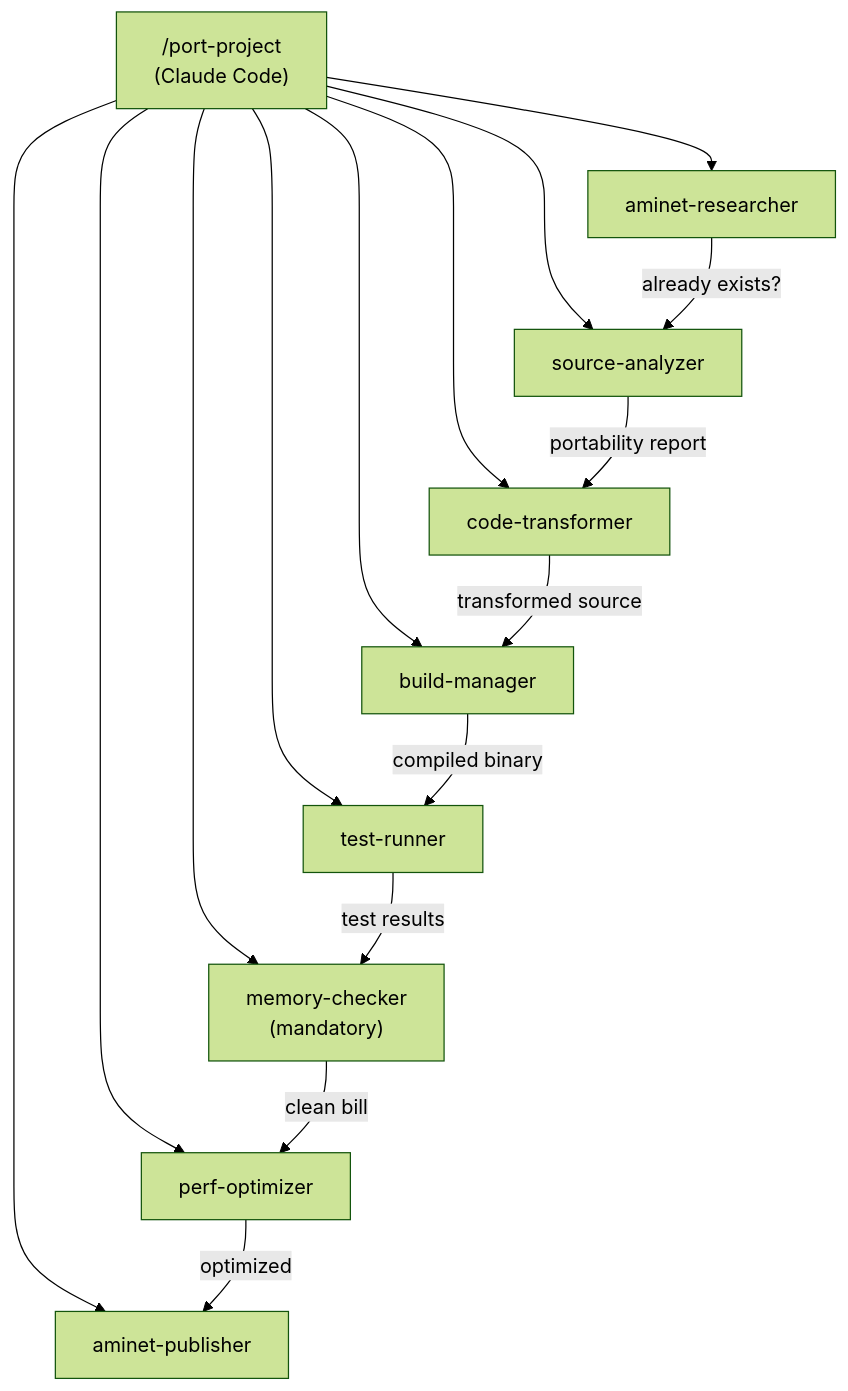
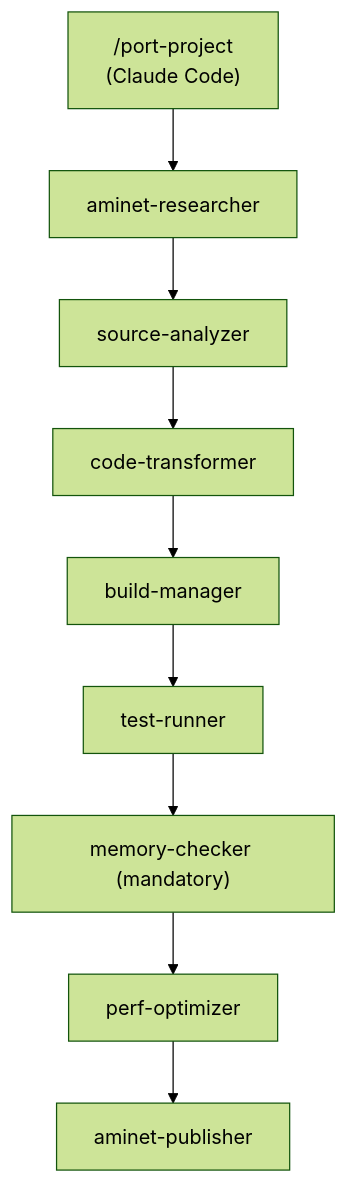
One commit to bdgscotland/amiport changed the diagram in README.md. Above: the diagram before and after it, drawn with Mermaid (forest theme).

Commit message:
Simplify pipeline diagram and fix diff status
Replace tangled hub-and-spoke Mermaid diagram with clean linear
flow showing Claude Code dispatching agents sequentially. Update
diff port status to "Known issues". Add note that full agent-to-agent
orchestration is planned.

````diff
--- a/README.md
+++ b/README.md
@@ -74,19 +74,12 @@
 ```mermaid
 graph TD
-    CC["/port-project\n(Claude Code)"] --> A[aminet-researcher]
-    CC --> B[source-analyzer]
-    CC --> C[code-transformer]
-    CC --> D[build-manager]
-    CC --> E[test-runner]
-    CC --> F["memory-checker\n(mandatory)"]
-    CC --> G[perf-optimizer]
-    CC --> H[aminet-publisher]
-
-    A -->|"already exists?"| B
-    B -->|"portability report"| C
-    C -->|"transformed source"| D
-    D -->|"compiled binary"| E
-    E -->|"test results"| F
-    F -->|"clean bill"| G
-    G -->|"optimized"| H
+    CC["/port-project\n(Claude Code)"]
+    CC --> A[aminet-researcher]
+    A --> B[source-analyzer]
+    B --> C[code-transformer]
+    C --> D[build-manager]
+    D --> E[test-runner]
+    E --> F["memory-checker (mandatory)"]
+    F --> G[perf-optimizer]
+    G --> H[aminet-publisher]
 ```
````
